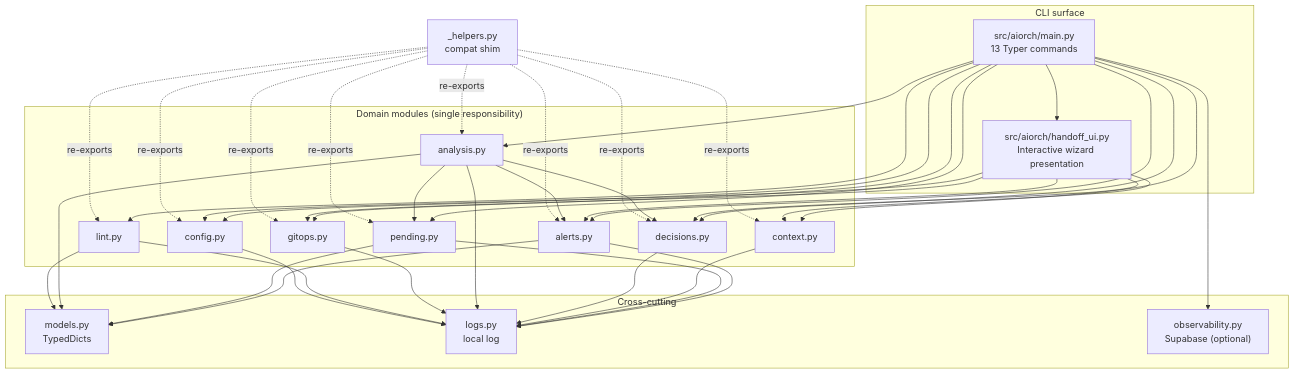
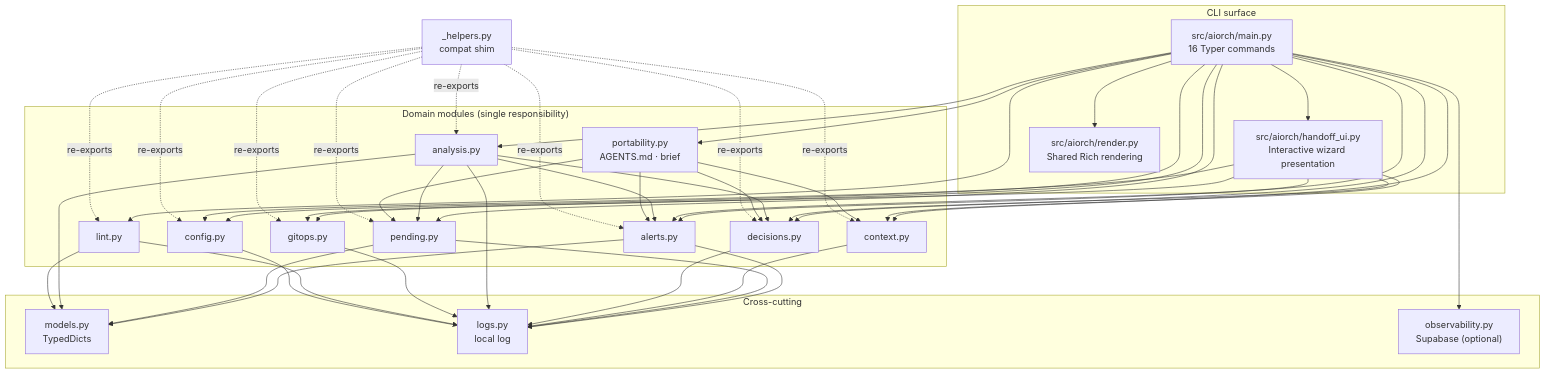
Before and after one commit to Darkjor/ai-orchestrator: the first of 3 diagrams in docs/AI_ARCHITECTURE.md, drawn with Mermaid. The commit also changed other lines of this file and 15 other files, not shown here.

First line of the commit message:
feat: non-interactive sync, human-readable brief, and cross-IDE portability

````diff
--- a/docs/AI_ARCHITECTURE.md
+++ b/docs/AI_ARCHITECTURE.md
@@ -73,32 +76,35 @@
 ```mermaid
 graph TD
     subgraph "CLI surface"
-        MAIN["src/aiorch/main.py<br/>13 Typer commands"]
+        MAIN["src/aiorch/main.py<br/>16 Typer commands"]
         HANDOFF_UI["src/aiorch/handoff_ui.py<br/>Interactive wizard presentation"]
+        RENDER["src/aiorch/render.py<br/>Shared Rich rendering"]
     end
     subgraph "Domain modules (single responsibility)"
         ALERTS["alerts.py"]
         PENDING["pending.py"]
         CONTEXT["context.py"]
         DECISIONS["decisions.py"]
         ANALYSIS["analysis.py"]
+        PORT["portability.py<br/>AGENTS.md · brief"]
         GITOPS["gitops.py"]
         LINT["lint.py"]
         CONFIG["config.py"]
     end
     subgraph "Cross-cutting"
         MODELS["models.py<br/>TypedDicts"]
         LOGS["logs.py<br/>local log"]
         OBS["observability.py<br/>Supabase (optional)"]
     end
     SHIM["_helpers.py<br/>compat shim"]
 
-    MAIN --> HANDOFF_UI
+    MAIN --> HANDOFF_UI & RENDER & PORT
     MAIN --> ALERTS & PENDING & CONTEXT & DECISIONS & ANALYSIS & GITOPS & LINT & CONFIG
     MAIN --> OBS
     HANDOFF_UI --> CONTEXT & ALERTS & DECISIONS & GITOPS & CONFIG
     ANALYSIS --> ALERTS & PENDING & DECISIONS
+    PORT --> ALERTS & PENDING & DECISIONS & CONTEXT
     ALERTS & PENDING & CONTEXT & DECISIONS & ANALYSIS & GITOPS & LINT & CONFIG --> LOGS
     ALERTS & PENDING & ANALYSIS & LINT --> MODELS
     SHIM -.re-exports.-> ALERTS & PENDING & CONTEXT & DECISIONS & ANALYSIS & GITOPS & LINT & CONFIG
 ```
````
